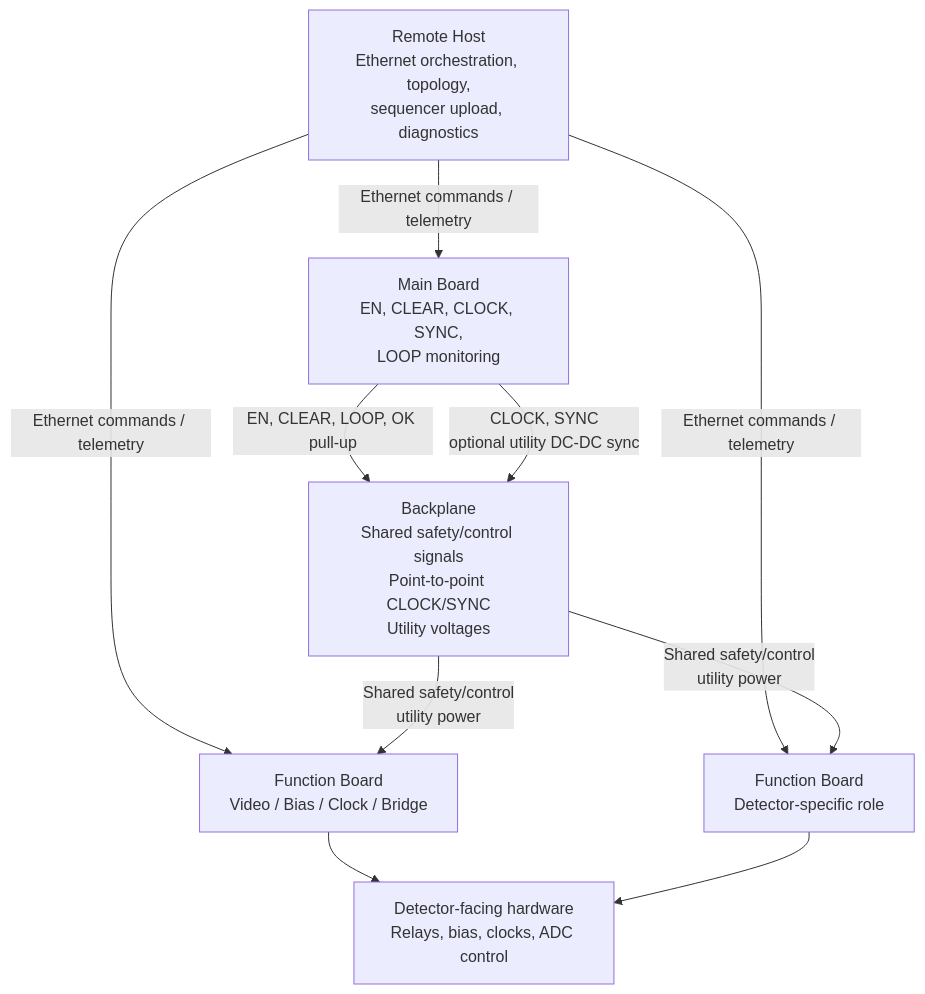
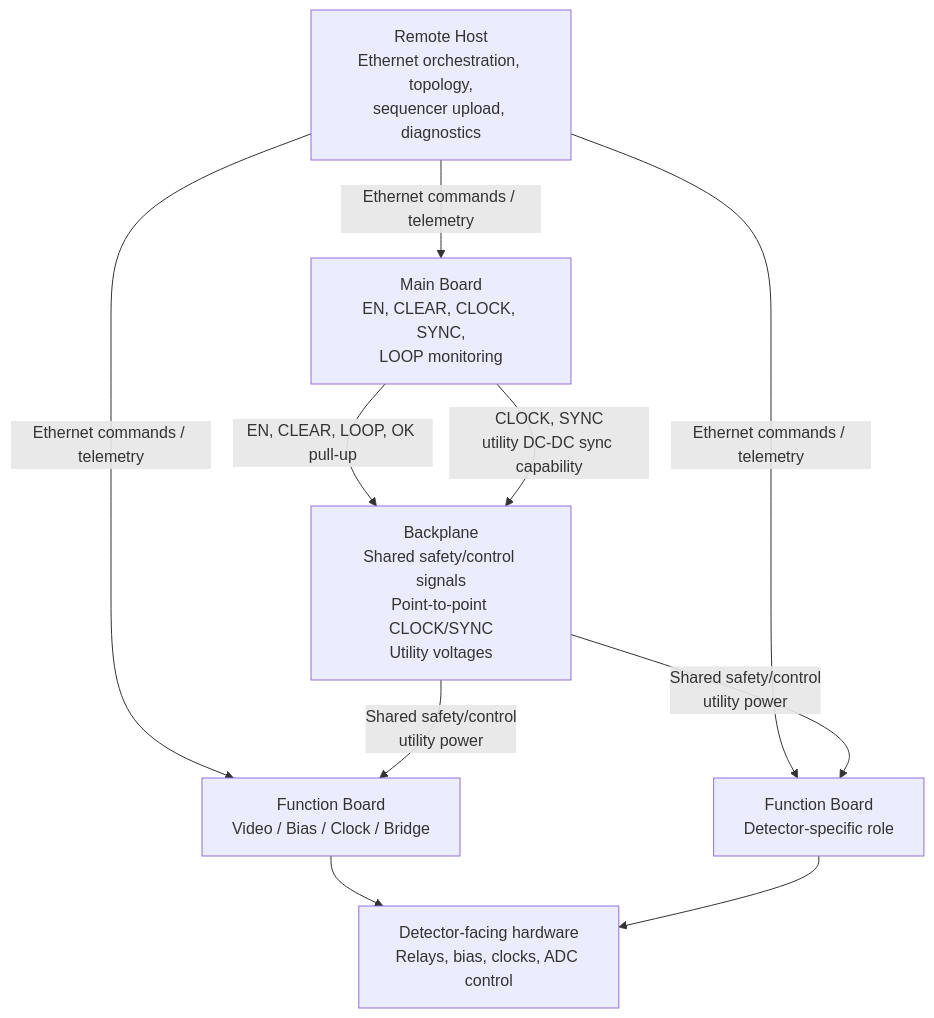
Before and after one commit to bcancinov/mdc-architecture: the first of 3 diagrams in integration/system_concept_guide.md, drawn with Mermaid. The commit also changed other lines of this file and 4 other files, not shown here.

````diff
--- a/integration/system_concept_guide.md
+++ b/integration/system_concept_guide.md
@@ -73,19 +73,19 @@
 ```mermaid
 flowchart TB
     HOST["Remote Host\nEthernet orchestration, topology,\nsequencer upload, diagnostics"]
     MAIN["Main Board\nEN, CLEAR, CLOCK, SYNC,\nLOOP monitoring"]
     BACKPLANE["Backplane\nShared safety/control signals\nPoint-to-point CLOCK/SYNC\nUtility voltages"]
     FB1["Function Board\nVideo / Bias / Clock / Bridge"]
     FBN["Function Board\nDetector-specific role"]
     DET["Detector-facing hardware\nRelays, bias, clocks, ADC control"]
 
     HOST -- "Ethernet commands / telemetry" --> MAIN
     HOST -- "Ethernet commands / telemetry" --> FB1
     HOST -- "Ethernet commands / telemetry" --> FBN
     MAIN -- "EN, CLEAR, LOOP, OK pull-up" --> BACKPLANE
-    MAIN -- "CLOCK, SYNC\noptional utility DC-DC sync" --> BACKPLANE
+    MAIN -- "CLOCK, SYNC\nutility DC-DC sync capability" --> BACKPLANE
     BACKPLANE -- "Shared safety/control\nutility power" --> FB1
     BACKPLANE -- "Shared safety/control\nutility power" --> FBN
     FB1 --> DET
     FBN --> DET
 ```
````
